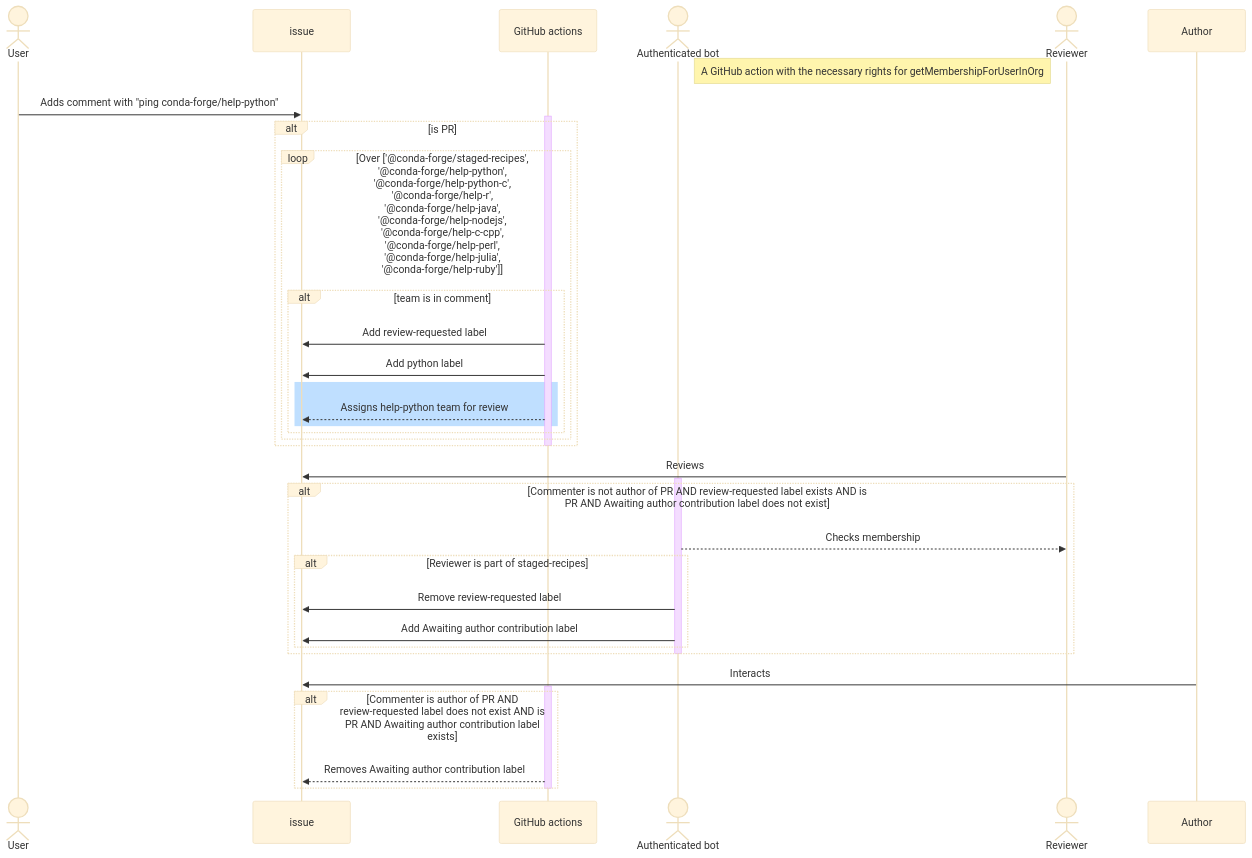
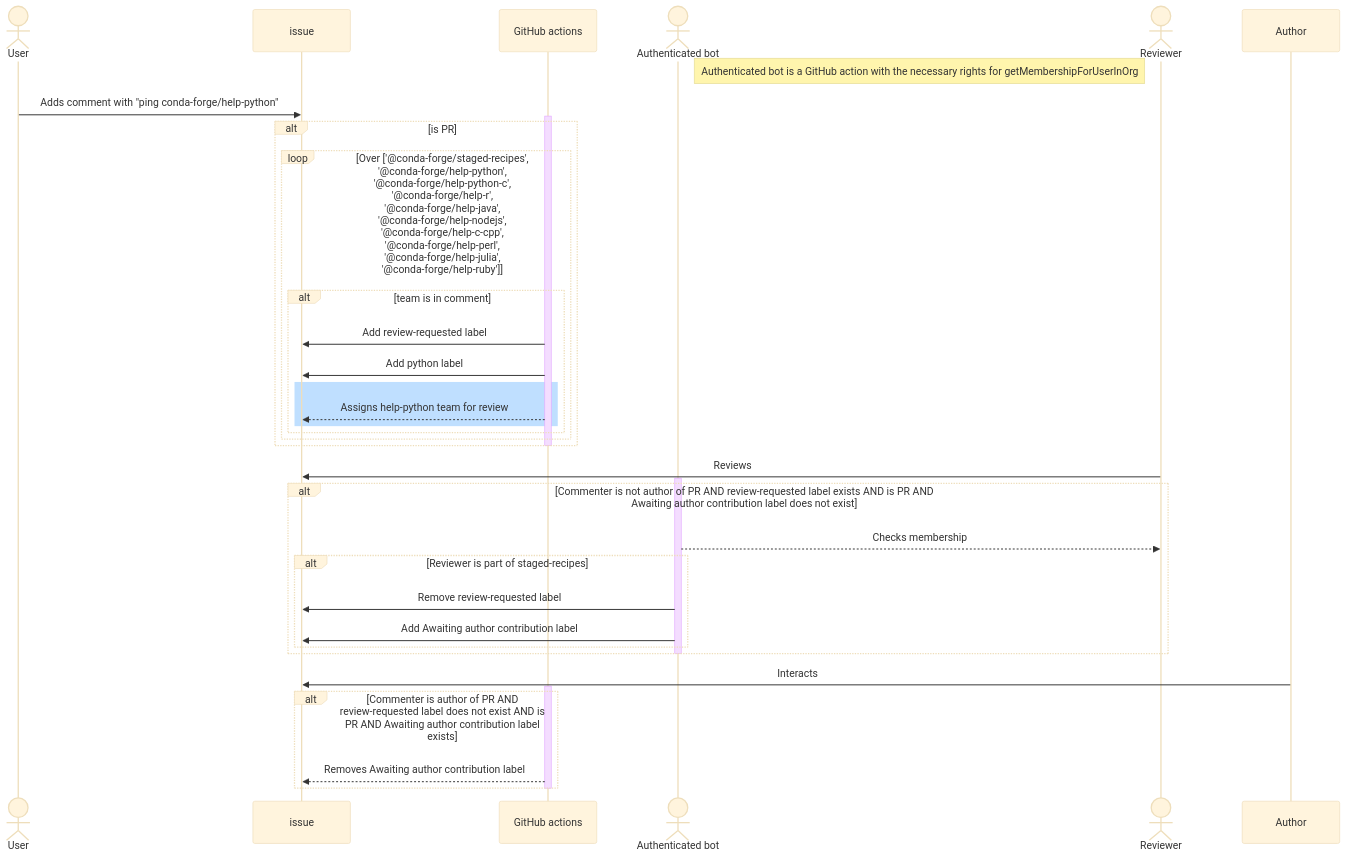
The diagram in README.md (carterbox/test-labeler), drawn with Mermaid (base theme) before and after one commit.

Commit message:
Clarify bot

````diff
--- a/README.md
+++ b/README.md
@@ -7,39 +7,39 @@
 ```mermaid
 sequenceDiagram
     actor User
     participant issue
     participant GitHub actions
     actor Authenticated bot
     actor Reviewer
-    Note right of Authenticated bot: A GitHub action with the necessary rights for getMembershipForUserInOrg
+    Note right of Authenticated bot: Authenticated bot is a GitHub action with the necessary rights for getMembershipForUserInOrg
     User->>issue: Adds comment with "ping conda-forge/help-python"
     activate GitHub actions
     alt is PR
         loop Over ['@conda-forge/staged-recipes', '@conda-forge/help-python', '@conda-forge/help-python-c', '@conda-forge/help-r', '@conda-forge/help-java', '@conda-forge/help-nodejs', '@conda-forge/help-c-cpp', '@conda-forge/help-perl', '@conda-forge/help-julia', '@conda-forge/help-ruby']
             alt team is in comment
                 GitHub actions->>issue: Add review-requested label
                 GitHub actions->>issue: Add python label
                 rect rgb(191, 223, 255)
                     GitHub actions-->>issue: Assigns help-python team for review
                 end 
             end 
         end
     end
     deactivate GitHub actions
     Reviewer->>issue: Reviews
     activate Authenticated bot
     alt Commenter is not author of PR AND review-requested label exists AND is PR AND Awaiting author contribution label does not exist
         Authenticated bot-->>Reviewer: Checks membership
         alt Reviewer is part of staged-recipes
             Authenticated bot->>issue: Remove review-requested label
             Authenticated bot->>issue: Add Awaiting author contribution label
         end 
     end
     deactivate Authenticated bot
     Author->>issue: Interacts
     activate GitHub actions
     alt Commenter is author of PR AND review-requested label does not exist AND is PR AND Awaiting author contribution label exists
         GitHub actions-->>issue: Removes Awaiting author contribution label
     end
     deactivate GitHub actions
 ```
````
